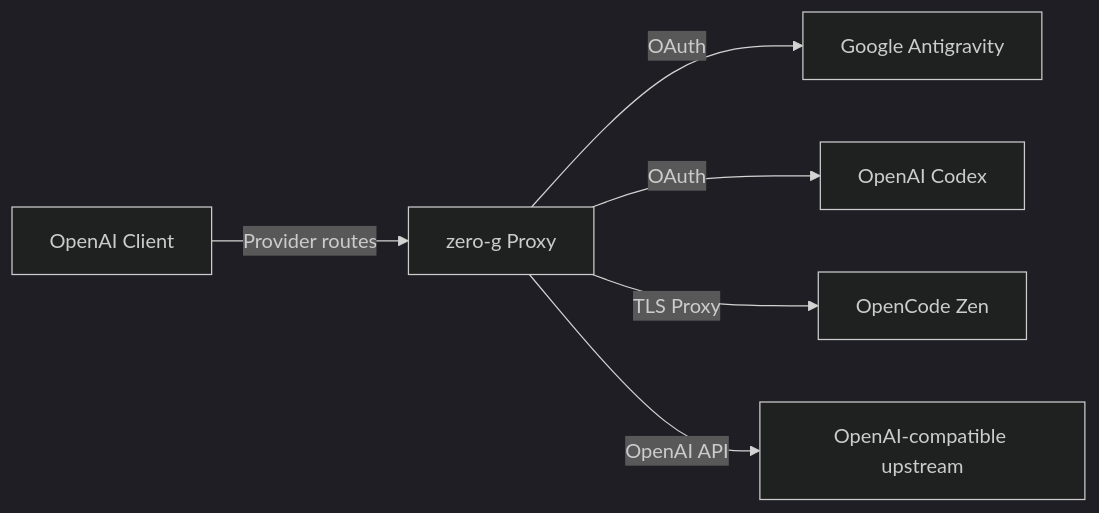
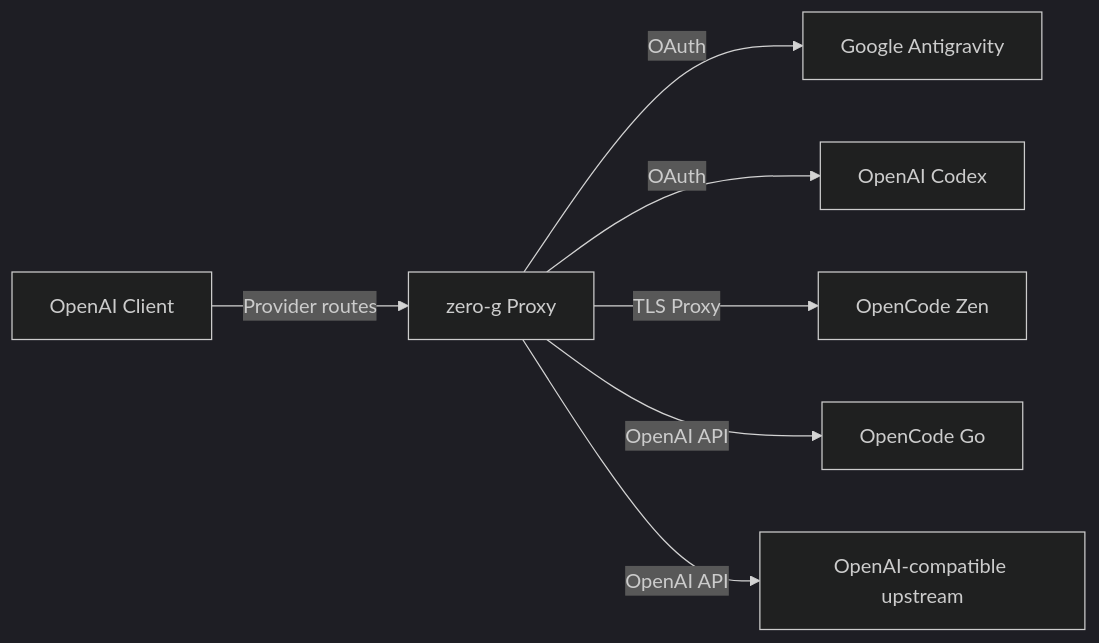
The diagram in README.md (Delnegend/zero-g), drawn with Mermaid (dark theme) before and after one commit. The commit also changed other lines of this file and 5 other files, not shown here.

````diff
--- a/README.md
+++ b/README.md
@@ -60,8 +60,9 @@
 ```mermaid
 flowchart LR
     Client[OpenAI Client] -->|Provider routes| ZeroG[zero-g Proxy]
     ZeroG -->|OAuth| CCA[Google Antigravity]
     ZeroG -->|OAuth| Codex[OpenAI Codex]
     ZeroG -->|TLS Proxy| Zen[OpenCode Zen]
+    ZeroG -->|OpenAI API| Go[OpenCode Go]
     ZeroG -->|OpenAI API| Custom[OpenAI-compatible upstream]
 ```
````
